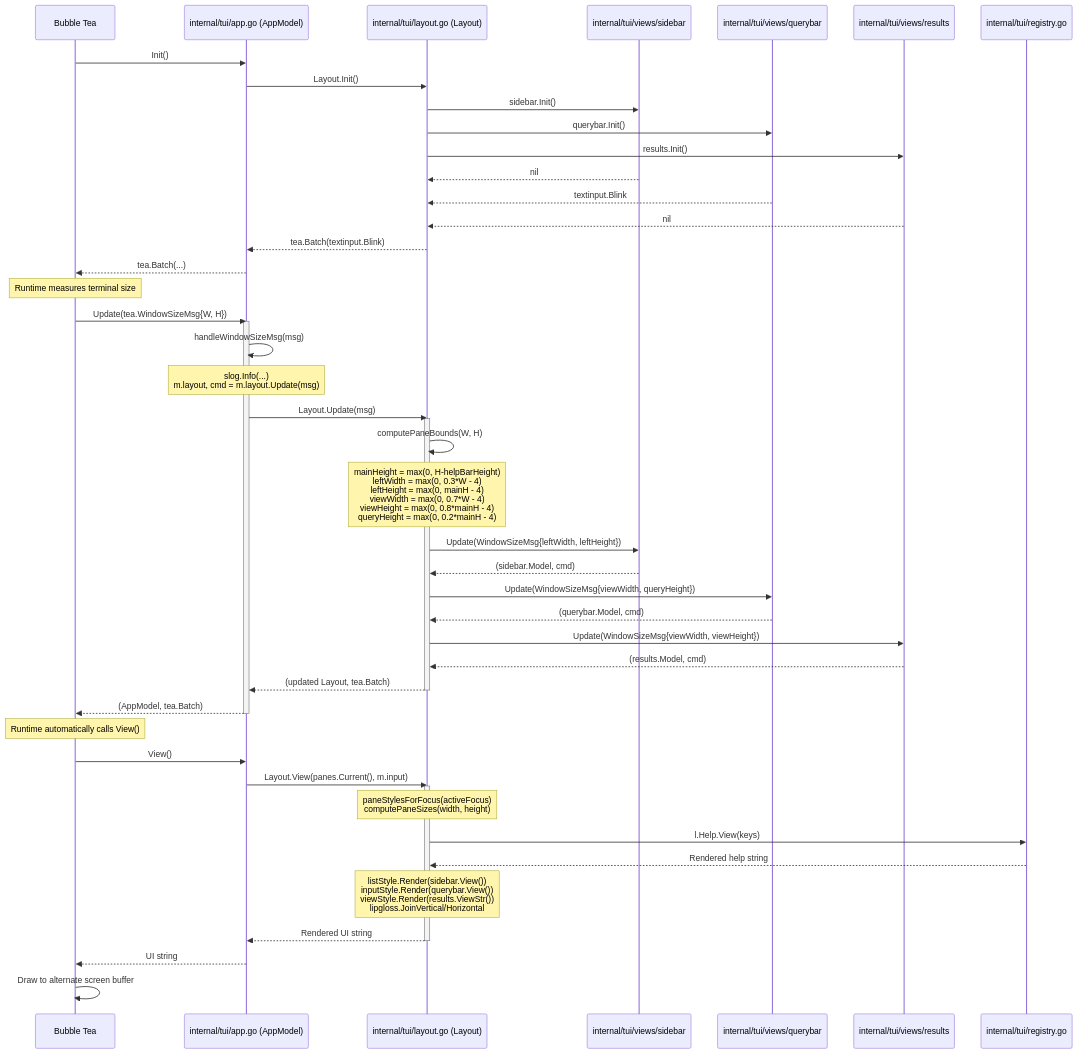
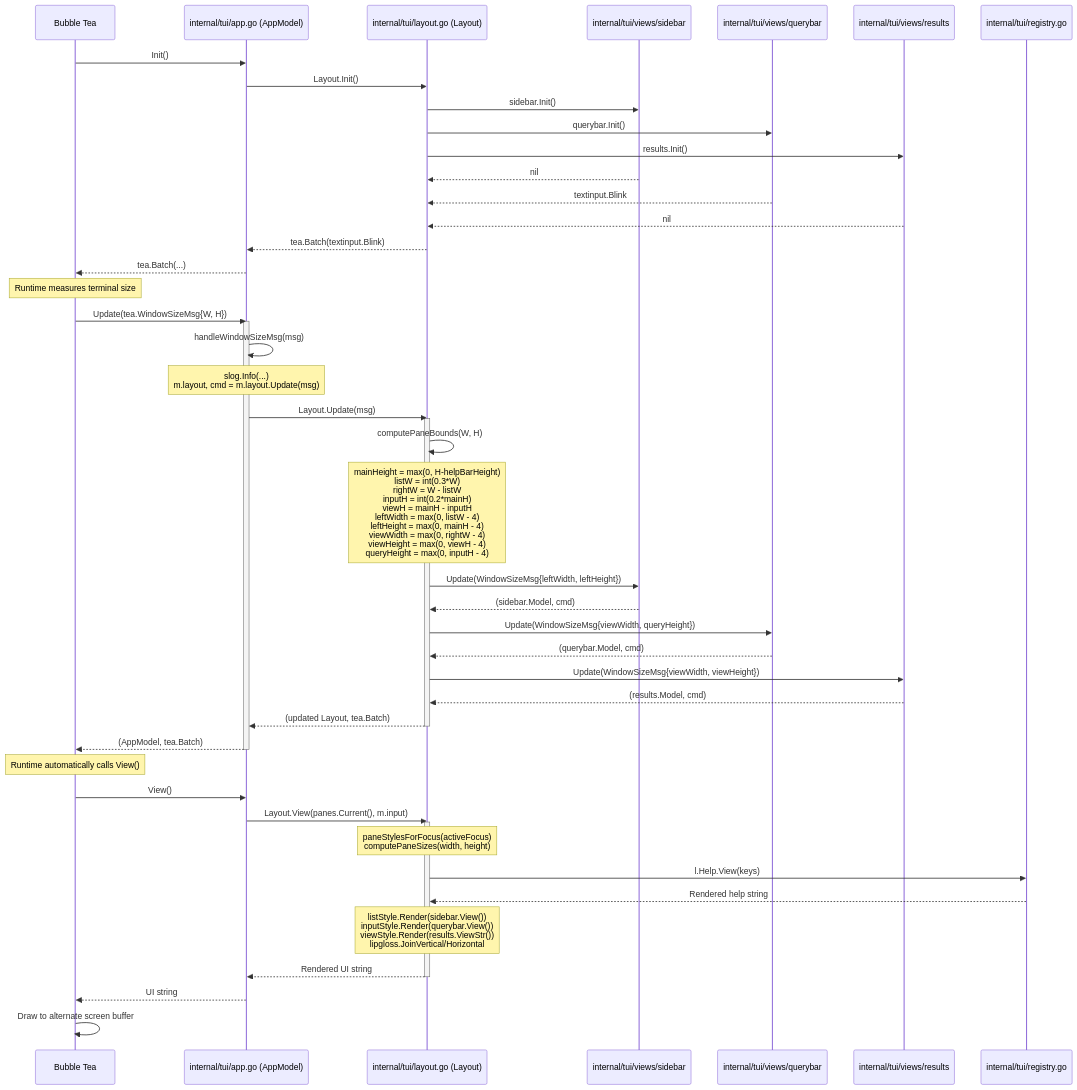
The second of 5 diagrams in docs/sequence_flows.md (ajitm722/LazyOS), drawn with Mermaid before and after one commit. The commit also changed 2 other files, not shown here.

Commit message:
fix(tui): eliminate gap between layout panes due to rounding
This update changes how pane bounds and sizes are calculated. Instead of calculating the query bar and results pane dimensions purely based on fractional multiplications, the top pane's dimension is explicitly determined, and the bottom pane occupies the remainder of the exact space. This prevents odd terminal dimensions from leaving empty unrendered gaps.

````diff
--- a/docs/sequence_flows.md
+++ b/docs/sequence_flows.md
@@ -130,66 +130,66 @@
 ```mermaid
 sequenceDiagram
     participant Runtime as Bubble Tea
     participant Model as internal/tui/app.go (AppModel)
     participant Layout as internal/tui/layout.go (Layout)
     participant Sidebar as internal/tui/views/sidebar
     participant Querybar as internal/tui/views/querybar
     participant Results as internal/tui/views/results
     participant InputHandler as internal/tui/registry.go
 
     Runtime->>Model: Init()
     Model->>Layout: Layout.Init()
     Layout->>Sidebar: sidebar.Init()
     Layout->>Querybar: querybar.Init()
     Layout->>Results: results.Init()
     Sidebar-->>Layout: nil
     Querybar-->>Layout: textinput.Blink
     Results-->>Layout: nil
     Layout-->>Model: tea.Batch(textinput.Blink)
     Model-->>Runtime: tea.Batch(...)
 
     Note over Runtime: Runtime measures terminal size
     Runtime->>Model: Update(tea.WindowSizeMsg{W, H})
 
     activate Model
     Model->>Model: handleWindowSizeMsg(msg)
     Note over Model: slog.Info(...)<br/>m.layout, cmd = m.layout.Update(msg)
 
     Model->>Layout: Layout.Update(msg)
 
     activate Layout
     Layout->>Layout: computePaneBounds(W, H)
-    Note over Layout: mainHeight = max(0, H-helpBarHeight)<br/>leftWidth = max(0, 0.3*W - 4)<br/>leftHeight = max(0, mainH - 4)<br/>viewWidth = max(0, 0.7*W - 4)<br/>viewHeight = max(0, 0.8*mainH - 4)<br/>queryHeight = max(0, 0.2*mainH - 4)
+    Note over Layout: mainHeight = max(0, H-helpBarHeight)<br/>listW = int(0.3*W)<br/>rightW = W - listW<br/>inputH = int(0.2*mainH)<br/>viewH = mainH - inputH<br/>leftWidth = max(0, listW - 4)<br/>leftHeight = max(0, mainH - 4)<br/>viewWidth = max(0, rightW - 4)<br/>viewHeight = max(0, viewH - 4)<br/>queryHeight = max(0, inputH - 4)
 
     Layout->>Sidebar: Update(WindowSizeMsg{leftWidth, leftHeight})
     Sidebar-->>Layout: (sidebar.Model, cmd)
     Layout->>Querybar: Update(WindowSizeMsg{viewWidth, queryHeight})
     Querybar-->>Layout: (querybar.Model, cmd)
     Layout->>Results: Update(WindowSizeMsg{viewWidth, viewHeight})
     Results-->>Layout: (results.Model, cmd)
 
     Layout-->>Model: (updated Layout, tea.Batch)
     deactivate Layout
 
     Model-->>Runtime: (AppModel, tea.Batch)
     deactivate Model
 
     Note over Runtime: Runtime automatically calls View()
 
     Runtime->>Model: View()
     Model->>Layout: Layout.View(panes.Current(), m.input)
 
     activate Layout
     Note over Layout: paneStylesForFocus(activeFocus)<br/>computePaneSizes(width, height)
 
     Layout->>InputHandler: l.Help.View(keys)
     InputHandler-->>Layout: Rendered help string
 
     Note over Layout: listStyle.Render(sidebar.View())<br/>inputStyle.Render(querybar.View())<br/>viewStyle.Render(results.ViewStr())<br/>lipgloss.JoinVertical/Horizontal
 
     Layout-->>Model: Rendered UI string
     deactivate Layout
 
     Model-->>Runtime: UI string
     Runtime->>Runtime: Draw to alternate screen buffer
 ```
````
